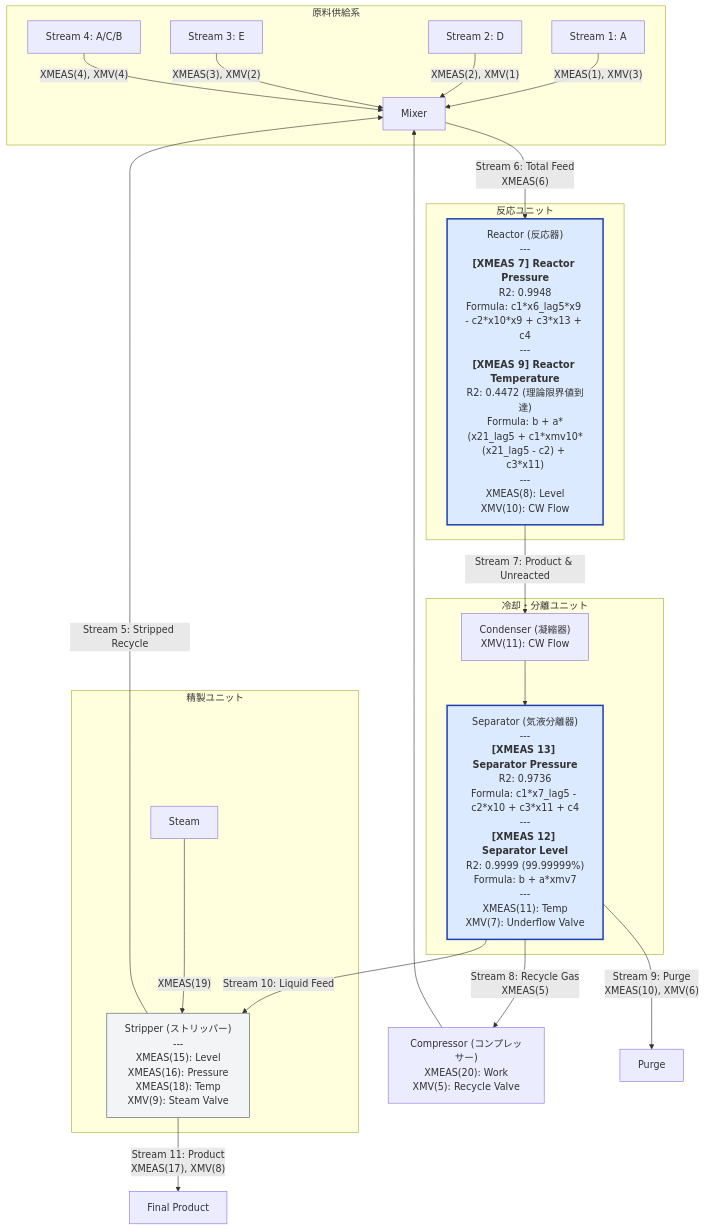
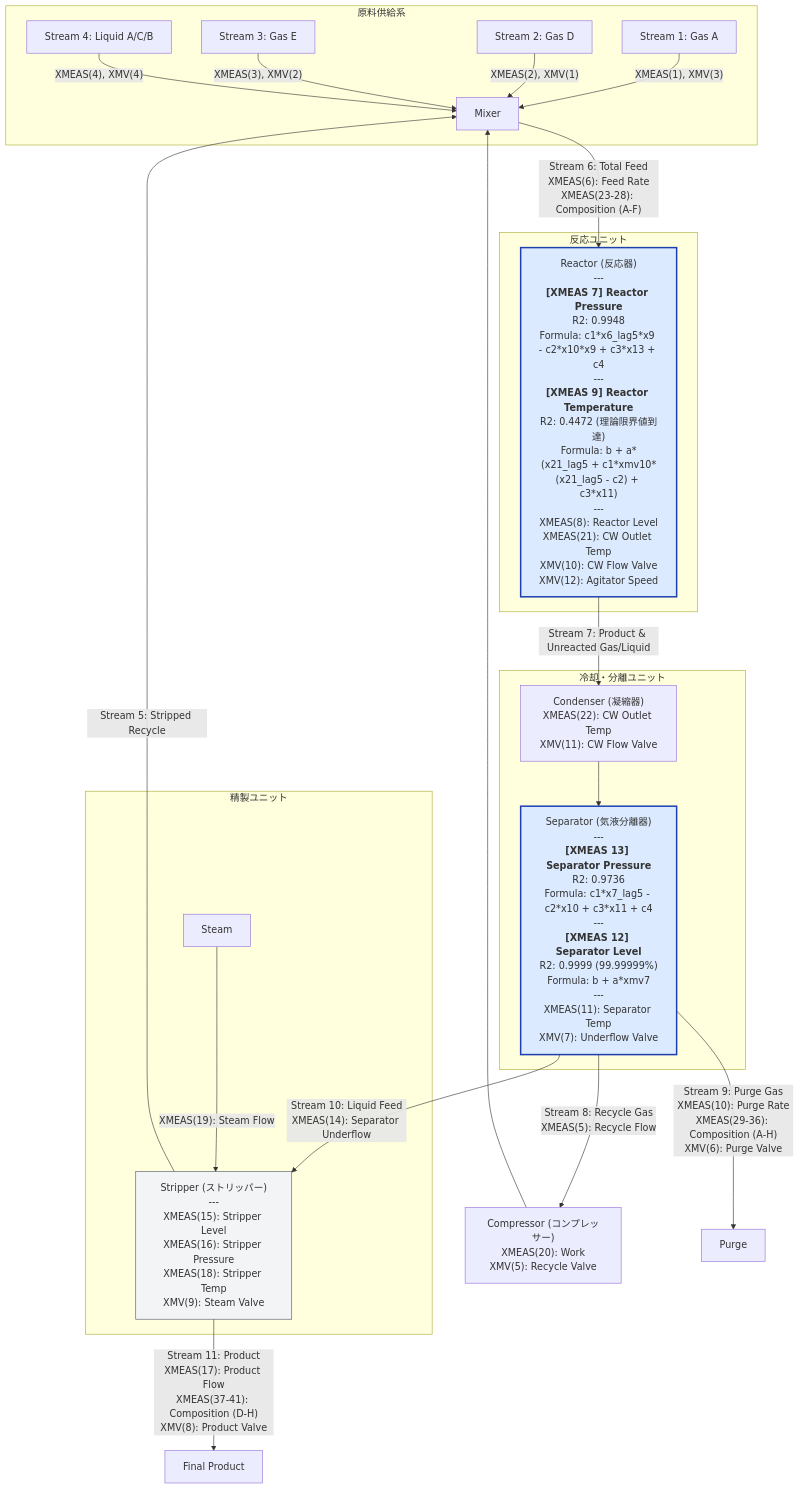
Before and after one commit to gotou8810/LLM-GP: the diagram in TEP_FLOW_DIAGRAM.md, drawn with Mermaid. The commit also changed other lines of this file and 92 other files, not shown here.

````diff
--- a/TEP_FLOW_DIAGRAM.md
+++ b/TEP_FLOW_DIAGRAM.md
@@ -6,41 +6,41 @@
 ```mermaid
 graph TD
     subgraph Feeds [原料供給系]
-        S1[Stream 1: A] --> |"XMEAS(1), XMV(3)"| Mixer
-        S2[Stream 2: D] --> |"XMEAS(2), XMV(1)"| Mixer
-        S3[Stream 3: E] --> |"XMEAS(3), XMV(2)"| Mixer
-        S4[Stream 4: A/C/B] --> |"XMEAS(4), XMV(4)"| Mixer
+        S1[Stream 1: Gas A] --> |"XMEAS(1), XMV(3)"| Mixer
+        S2[Stream 2: Gas D] --> |"XMEAS(2), XMV(1)"| Mixer
+        S3[Stream 3: Gas E] --> |"XMEAS(3), XMV(2)"| Mixer
+        S4[Stream 4: Liquid A/C/B] --> |"XMEAS(4), XMV(4)"| Mixer
     end
 
-    Mixer --> |"Stream 6: Total Feed\nXMEAS(6)"| Reactor
+    Mixer --> |"Stream 6: Total Feed<br/>XMEAS(6): Feed Rate<br/>XMEAS(23-28): Composition (A-F)"| Reactor
 
     subgraph ReactorUnit [反応ユニット]
-        Reactor["Reactor (反応器)<br/>---<br/><b>[XMEAS 7] Reactor Pressure</b><br/>R2: 0.9948<br/>Formula: c1*x6_lag5*x9 - c2*x10*x9 + c3*x13 + c4<br/>---<br/><b>[XMEAS 9] Reactor Temperature</b><br/>R2: 0.4472 (理論限界値到達)<br/>Formula: b + a*(x21_lag5 + c1*xmv10*(x21_lag5 - c2) + c3*x11)<br/>---<br/>XMEAS(8): Level<br/>XMV(10): CW Flow"]
+        Reactor["Reactor (反応器)<br/>---<br/><b>[XMEAS 7] Reactor Pressure</b><br/>R2: 0.9948<br/>Formula: c1*x6_lag5*x9 - c2*x10*x9 + c3*x13 + c4<br/>---<br/><b>[XMEAS 9] Reactor Temperature</b><br/>R2: 0.4472 (理論限界値到達)<br/>Formula: b + a*(x21_lag5 + c1*xmv10*(x21_lag5 - c2) + c3*x11)<br/>---<br/>XMEAS(8): Reactor Level<br/>XMEAS(21): CW Outlet Temp<br/>XMV(10): CW Flow Valve<br/>XMV(12): Agitator Speed"]
     end
 
-    Reactor --> |"Stream 7: Product & Unreacted"| Condenser
+    Reactor --> |"Stream 7: Product & Unreacted Gas/Liquid"| Condenser
 
     subgraph CoolingUnit [冷却・分離ユニット]
-        Condenser["Condenser (凝縮器)<br/>XMV(11): CW Flow"] --> Separator["Separator (気液分離器)<br/>---<br/><b>[XMEAS 13] Separator Pressure</b><br/>R2: 0.9736<br/>Formula: c1*x7_lag5 - c2*x10 + c3*x11 + c4<br/>---<br/><b>[XMEAS 12] Separator Level</b><br/>R2: 0.9999 (99.99999%)<br/>Formula: b + a*xmv7<br/>---<br/>XMEAS(11): Temp<br/>XMV(7): Underflow Valve"]
+        Condenser["Condenser (凝縮器)<br/>XMEAS(22): CW Outlet Temp<br/>XMV(11): CW Flow Valve"] --> Separator["Separator (気液分離器)<br/>---<br/><b>[XMEAS 13] Separator Pressure</b><br/>R2: 0.9736<br/>Formula: c1*x7_lag5 - c2*x10 + c3*x11 + c4<br/>---<br/><b>[XMEAS 12] Separator Level</b><br/>R2: 0.9999 (99.99999%)<br/>Formula: b + a*xmv7<br/>---<br/>XMEAS(11): Separator Temp<br/>XMV(7): Underflow Valve"]
     end
 
-    Separator --> |"Stream 8: Recycle Gas\nXMEAS(5)"| Compressor["Compressor (コンプレッサー)<br/>XMEAS(20): Work<br/>XMV(5): Recycle Valve"]
+    Separator --> |"Stream 8: Recycle Gas<br/>XMEAS(5): Recycle Flow"| Compressor["Compressor (コンプレッサー)<br/>XMEAS(20): Work<br/>XMV(5): Recycle Valve"]
     Compressor --> Mixer
 
-    Separator --> |"Stream 9: Purge\nXMEAS(10), XMV(6)"| Purge[Purge]
+    Separator --> |"Stream 9: Purge Gas<br/>XMEAS(10): Purge Rate<br/>XMEAS(29-36): Composition (A-H)<br/>XMV(6): Purge Valve"| Purge[Purge]
 
-    Separator --> |"Stream 10: Liquid Feed"| Stripper
+    Separator --> |"Stream 10: Liquid Feed<br/>XMEAS(14): Separator Underflow"| Stripper
 
     subgraph StrippingUnit [精製ユニット]
-        Stripper["Stripper (ストリッパー)<br/>---<br/>XMEAS(15): Level<br/>XMEAS(16): Pressure<br/>XMEAS(18): Temp<br/>XMV(9): Steam Valve"]
-        Steam[Steam] --> |"XMEAS(19)"| Stripper
+        Stripper["Stripper (ストリッパー)<br/>---<br/>XMEAS(15): Stripper Level<br/>XMEAS(16): Stripper Pressure<br/>XMEAS(18): Stripper Temp<br/>XMV(9): Steam Valve"]
+        Steam[Steam] --> |"XMEAS(19): Steam Flow"| Stripper
     end
 
     Stripper --> |"Stream 5: Stripped Recycle"| Mixer
-    Stripper --> |"Stream 11: Product<br/>XMEAS(17), XMV(8)"| Product[Final Product]
+    Stripper --> |"Stream 11: Product<br/>XMEAS(17): Product Flow<br/>XMEAS(37-41): Composition (D-H)<br/>XMV(8): Product Valve"| Product[Final Product]
 
     %% ステータスに応じた色分け (全ユニット完了・ライトブルー点灯)
     style Reactor fill:#dbeafe,stroke:#1e40af,stroke-width:2.5px
     style Separator fill:#dbeafe,stroke:#1e40af,stroke-width:2.5px
     style Stripper fill:#f3f4f6,stroke:#4b5563
 ```
````
